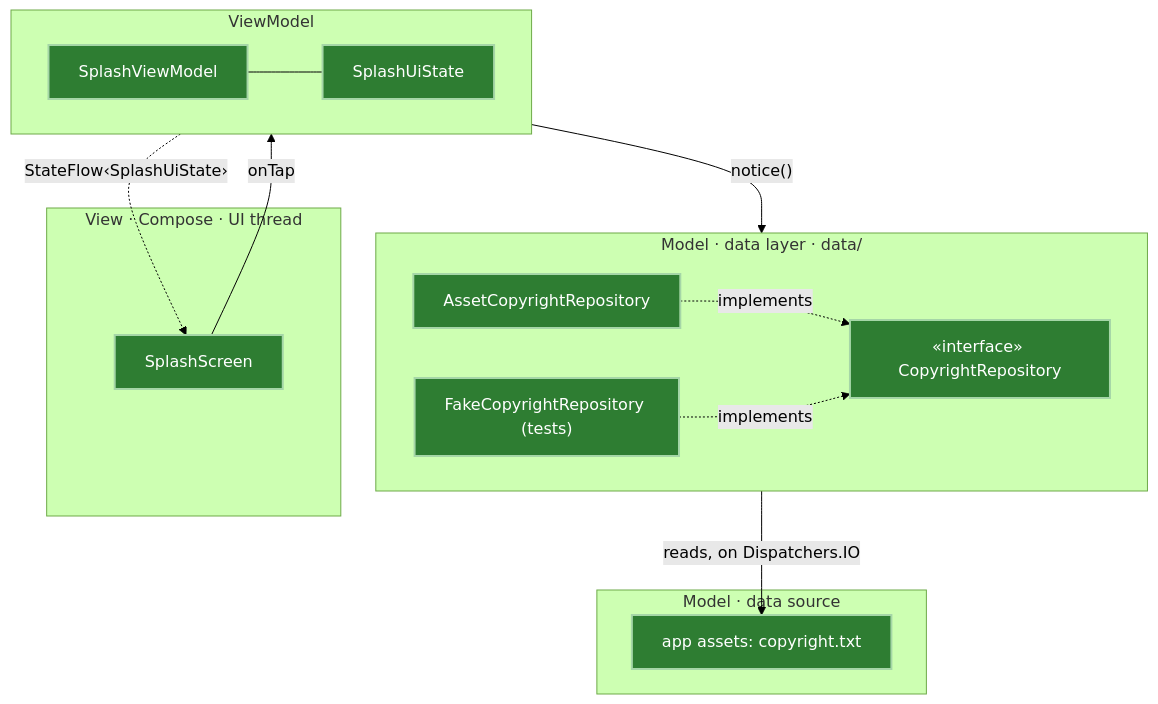
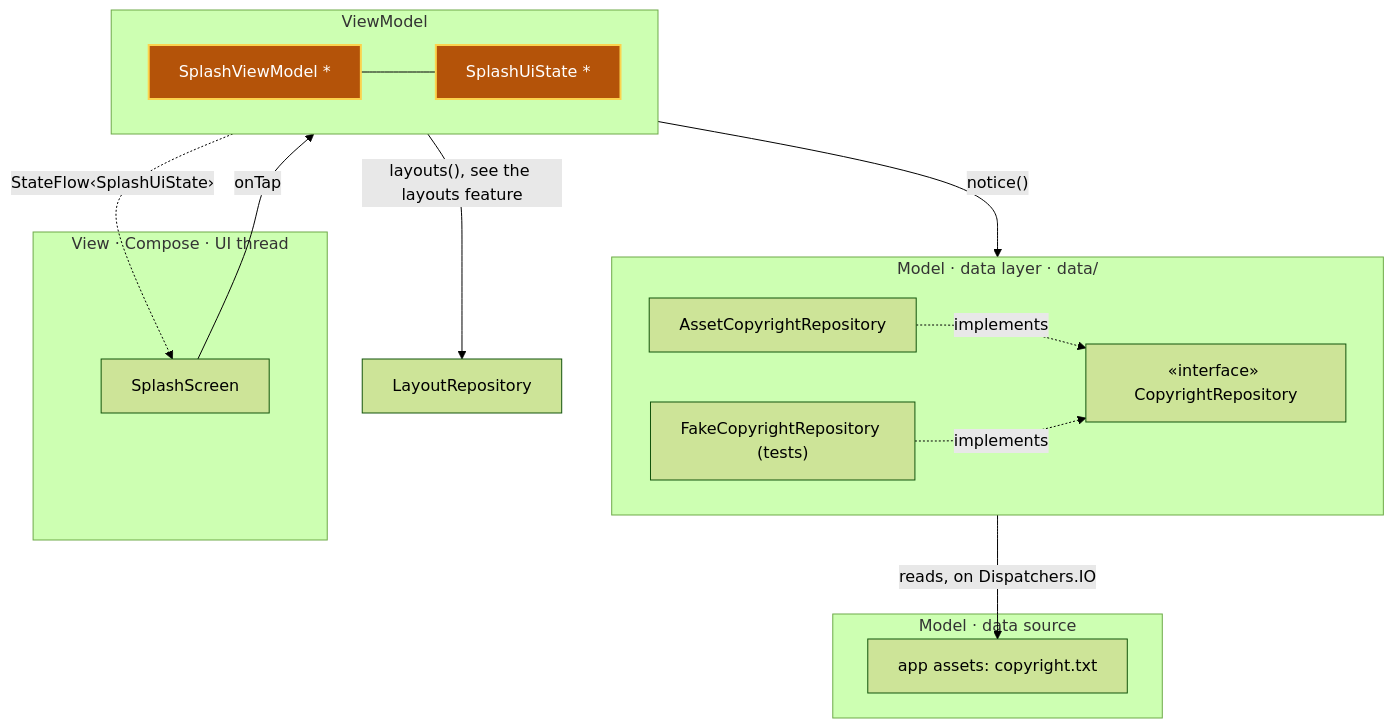
One commit to aivanov61/sudoku-solver changed the second of 6 diagrams in android/docs/architecture.md. Above: the diagram before and after it, drawn with Mermaid (forest theme). The commit also changed other lines of this file and 13 other files, not shown here.

Commit message:
List the puzzle layouts for the app through a Python Catalog and a LayoutRepository, and start each game on a layout named, with Python started once by AppPython for both

````diff
--- a/android/docs/architecture.md
+++ b/android/docs/architecture.md
@@ -53,30 +63,30 @@
 ```mermaid
 flowchart TB
     subgraph View["View · Compose · UI thread"]
         SplashScreen
     end
 
     subgraph VM["ViewModel"]
         direction LR
-        SplashViewModel --- SplashUiState
+        SplashViewModel["SplashViewModel *"] --- SplashUiState["SplashUiState *"]
     end
 
     subgraph DataLayer["Model · data layer · data/"]
         direction LR
         AssetCopyrightRepository -. implements .-> CopyrightRepository["«interface» CopyrightRepository"]
         FakeCopyrightRepository["FakeCopyrightRepository (tests)"] -. implements .-> CopyrightRepository
     end
 
     subgraph DataSource["Model · data source"]
         Assets["app assets: copyright.txt"]
     end
 
     SplashScreen -- "onTap" --> SplashViewModel
     SplashViewModel -. "StateFlow‹SplashUiState›" .-> SplashScreen
     SplashViewModel -- "notice()" --> CopyrightRepository
+    SplashViewModel -- "layouts(), see the layouts feature" --> LayoutRepository["LayoutRepository"]
     AssetCopyrightRepository -- "reads, on Dispatchers.IO" --> Assets
 
-    classDef new fill:#2e7d32,stroke:#a5d6a7,stroke-width:2px,color:#ffffff
-    class SplashScreen,SplashViewModel,SplashUiState,CopyrightRepository,AssetCopyrightRepository new
-    class FakeCopyrightRepository,Assets new
+    classDef changed fill:#b45309,stroke:#fcd34d,stroke-width:2px,color:#ffffff
+    class SplashViewModel,SplashUiState changed
 ```
````
